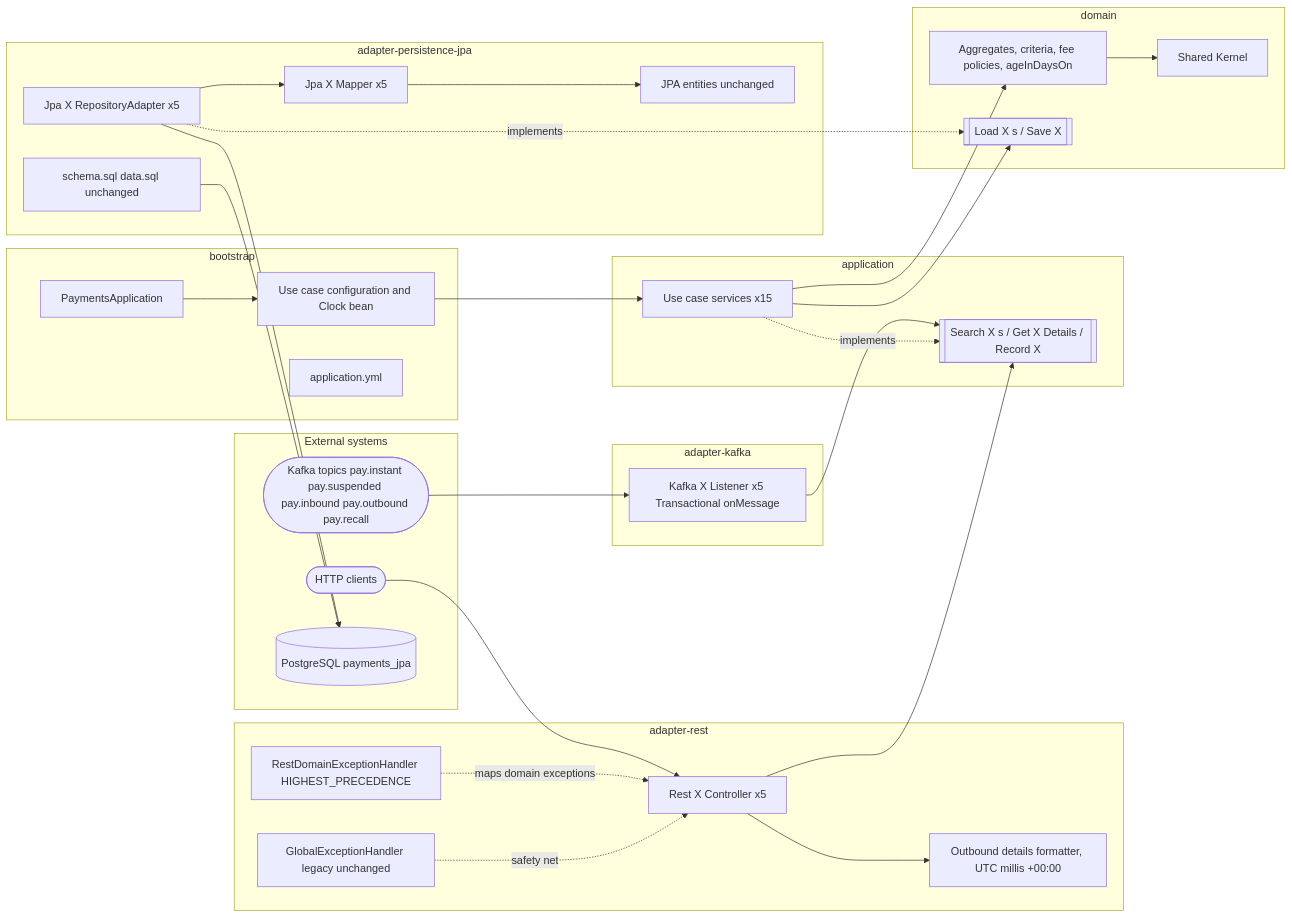
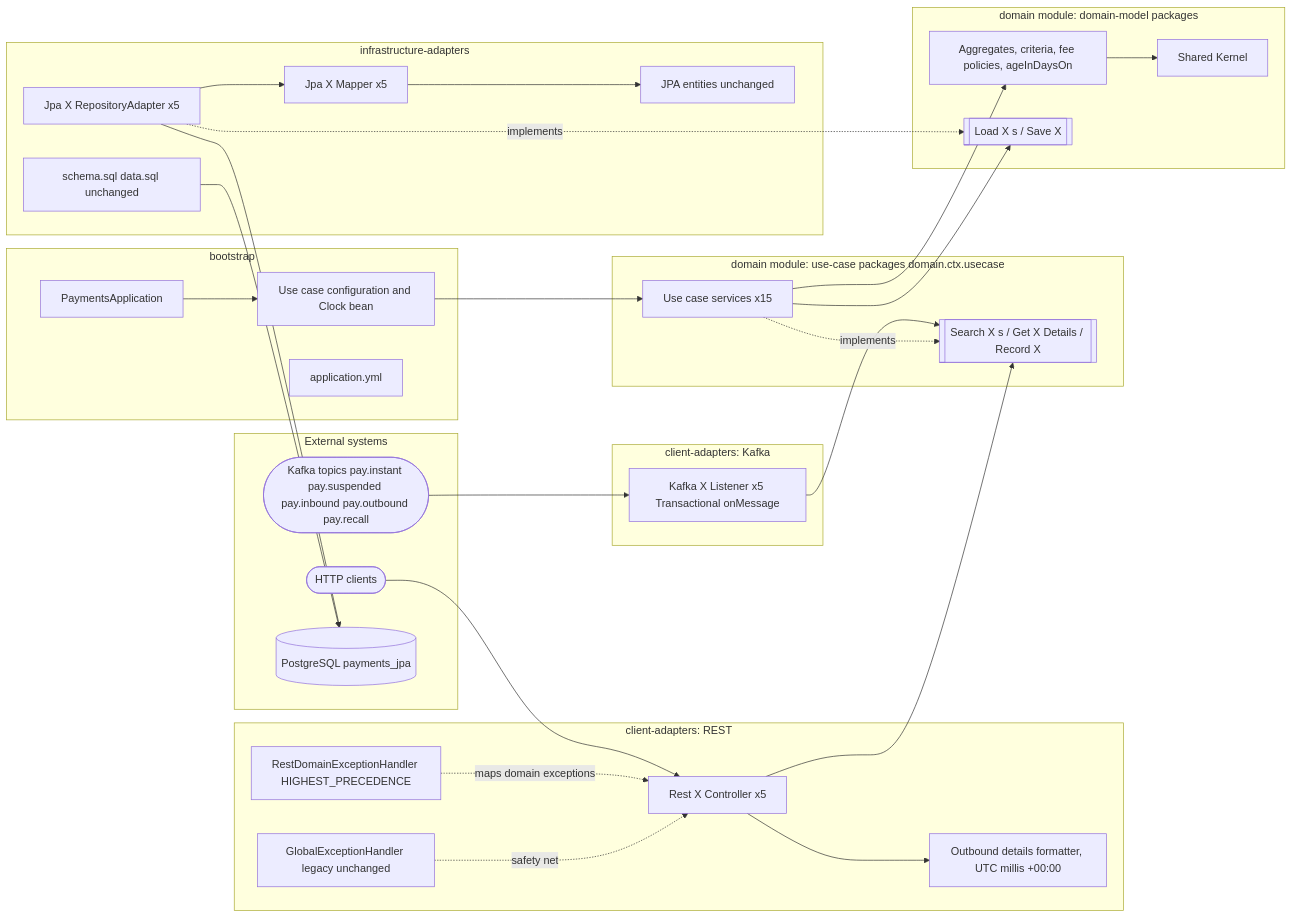
One commit to kevin-llps/payments-hexagonal-architecture-migration-challenge changed the first of 5 diagrams in realistic-mess-based-on-jpa-entities-challenge/docs/migration-2026-11-12/technical-layer-design.md. Above: the diagram before and after it, drawn with Mermaid. The commit also changed other lines of this file and 56 other files, not shown here.

Commit message:
refactor(jpa): split module into domain, client-adapters, infrastructure-adapters and bootstrap Maven modules (IT-00)

````diff
--- a/realistic-mess-based-on-jpa-entities-challenge/docs/migration-2026-11-12/technical-layer-design.md
+++ b/realistic-mess-based-on-jpa-entities-challenge/docs/migration-2026-11-12/technical-layer-design.md
@@ -64,55 +65,55 @@
 ```mermaid
 flowchart LR
     subgraph EXT[External systems]
         HTTP([HTTP clients])
         KFK([Kafka topics pay.instant pay.suspended pay.inbound pay.outbound pay.recall])
         PG[(PostgreSQL payments_jpa)]
     end
-    subgraph RESTM[adapter-rest]
+    subgraph RESTM[client-adapters: REST]
         RC["Rest X Controller x5"]
         RFMT["Outbound details formatter, UTC millis +00:00"]
         RDEH["RestDomainExceptionHandler HIGHEST_PRECEDENCE"]
         GEH["GlobalExceptionHandler legacy unchanged"]
     end
-    subgraph KAFM[adapter-kafka]
+    subgraph KAFM[client-adapters: Kafka]
         KL["Kafka X Listener x5 Transactional onMessage"]
     end
-    subgraph APPM[application]
+    subgraph APPM[domain module: use-case packages domain.ctx.usecase]
         PIN[["Search X s / Get X Details / Record X"]]
         SVC["Use case services x15"]
     end
-    subgraph DOMM[domain]
+    subgraph DOMM[domain module: domain-model packages]
         AGG["Aggregates, criteria, fee policies, ageInDaysOn"]
         SK["Shared Kernel"]
         POUT[["Load X s / Save X"]]
     end
-    subgraph JPAM[adapter-persistence-jpa]
+    subgraph JPAM[infrastructure-adapters]
         JA["Jpa X RepositoryAdapter x5"]
         JM["Jpa X Mapper x5"]
         ENT["JPA entities unchanged"]
         SQL["schema.sql data.sql unchanged"]
     end
     subgraph BOOT[bootstrap]
         APPCLS["PaymentsApplication"]
         CFG["Use case configuration and Clock bean"]
         YML["application.yml"]
     end
     HTTP --> RC
     KFK --> KL
     RC --> PIN
     RC --> RFMT
     KL --> PIN
     SVC -. implements .-> PIN
     SVC --> AGG
     SVC --> POUT
     AGG --> SK
     JA -. implements .-> POUT
     JA --> JM
     JM --> ENT
     JA --> PG
     SQL --> PG
     RDEH -. maps domain exceptions .-> RC
     GEH -. safety net .-> RC
     CFG --> SVC
     APPCLS --> CFG
 ```
````
